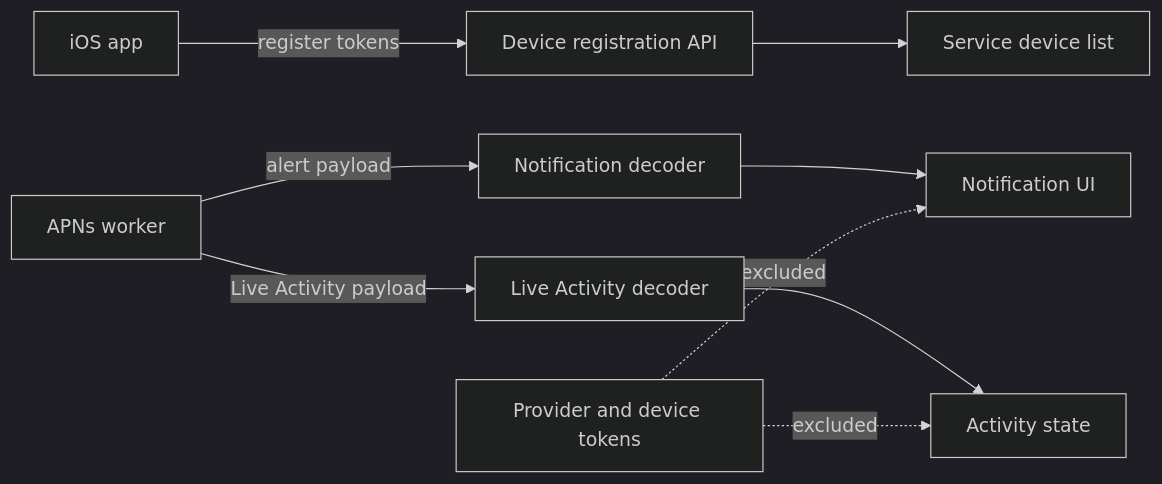
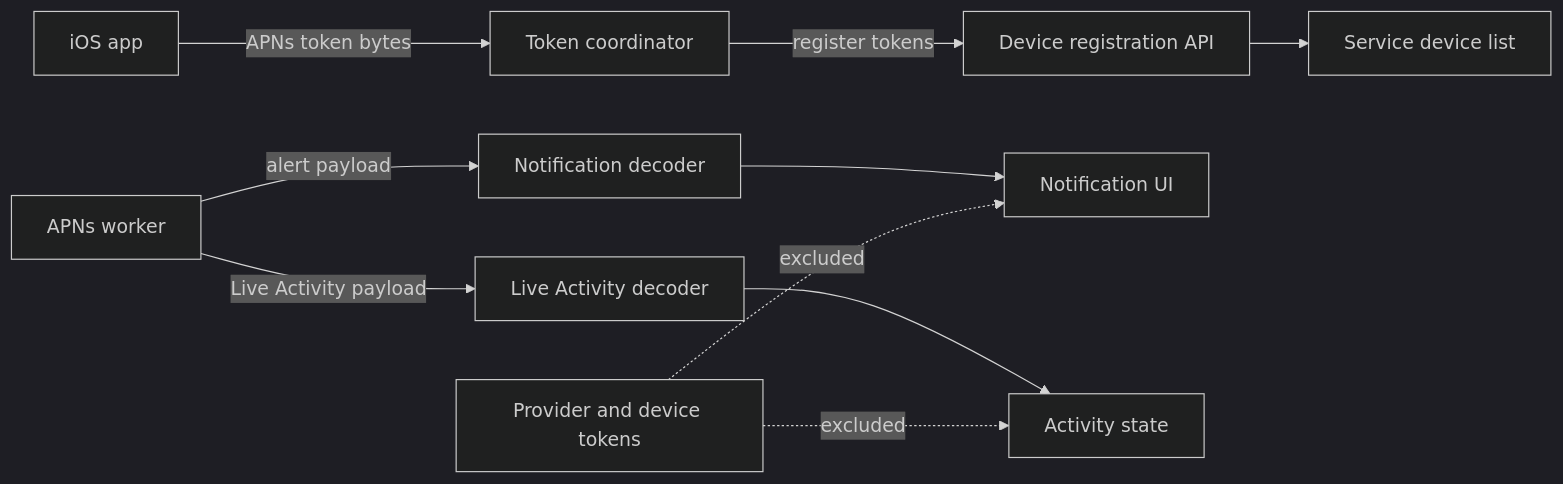
One commit to dotbrains/beam changed the diagram in docs/ios.md. Above: the diagram before and after it, drawn with Mermaid (dark theme). The commit also changed other lines of this file and 2 other files, not shown here.

First line of the commit message:
feat: coordinate iOS APNs token registration

````diff
--- a/docs/ios.md
+++ b/docs/ios.md
@@ -8,11 +8,12 @@
 ```mermaid
 flowchart LR
-  app[iOS app] -->|register tokens| api[Device registration API]
+  app[iOS app] -->|APNs token bytes| coordinator[Token coordinator]
+  coordinator -->|register tokens| api[Device registration API]
   api --> service[Service device list]
   worker[APNs worker] -->|alert payload| notification[Notification decoder]
   worker -->|Live Activity payload| activity[Live Activity decoder]
   notification --> ui[Notification UI]
   activity --> live[Activity state]
   secrets[Provider and device tokens] -. excluded .-> ui
   secrets -. excluded .-> live
 ```
````
